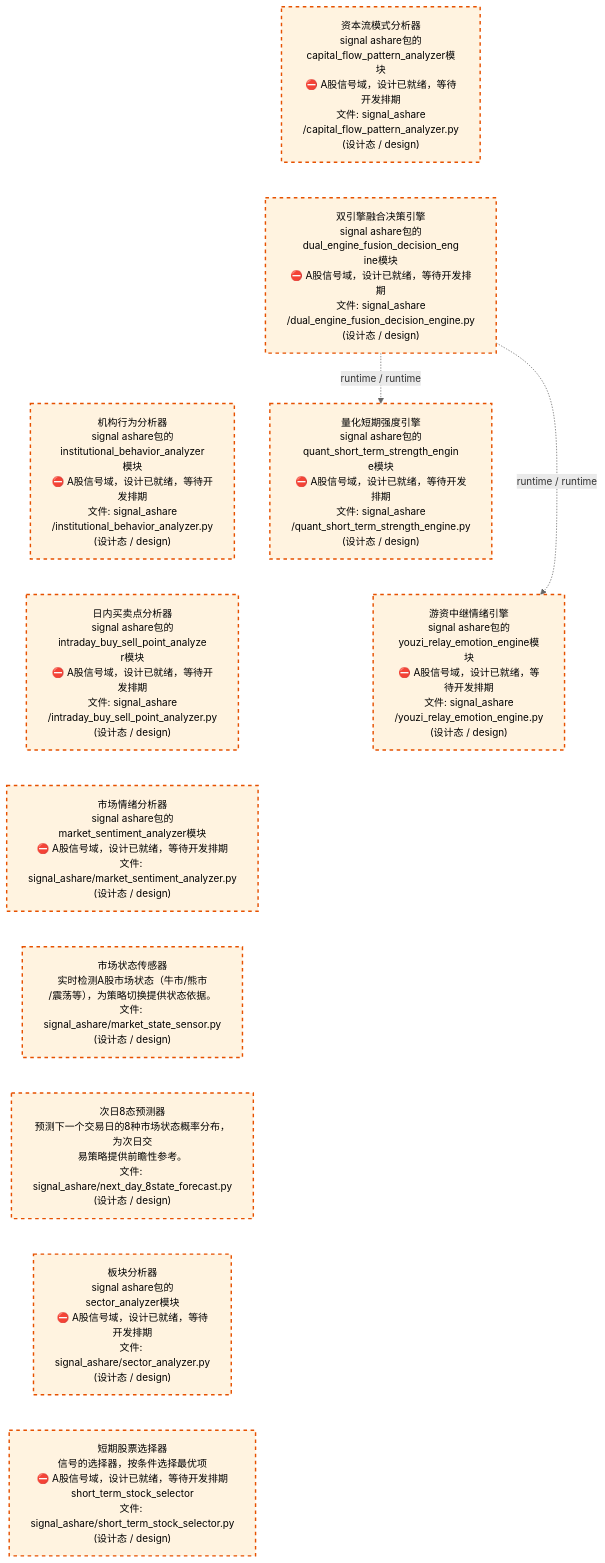
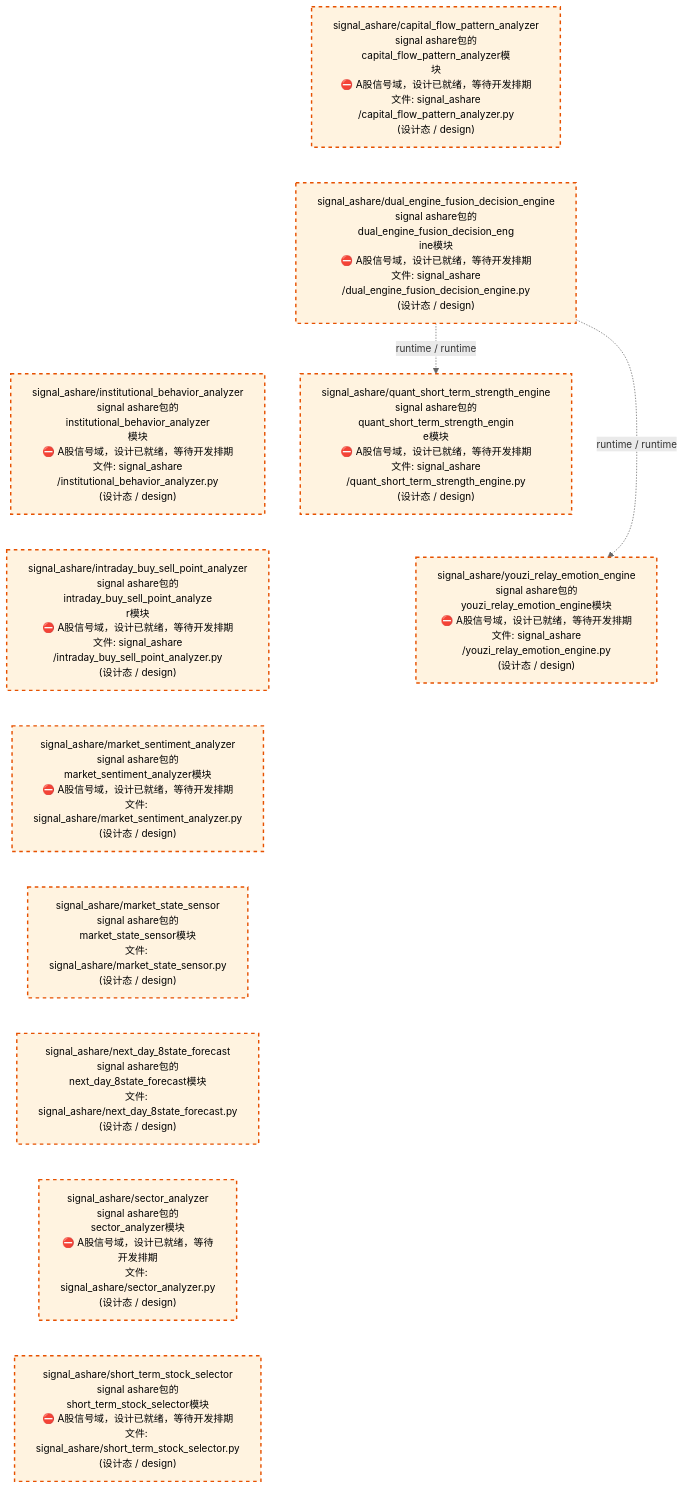
One commit to xuanFelixVan/ZephyrAlpha changed the third of 4 diagrams in docs/02_enterprise_architecture/02_domain_architecture_docs/32_d_ashare_signal.md. Above: the diagram before and after it, drawn with Mermaid. The commit also changed other lines of this file and 58 other files, not shown here.

````diff
--- a/docs/02_enterprise_architecture/02_domain_architecture_docs/32_d_ashare_signal.md
+++ b/docs/02_enterprise_architecture/02_domain_architecture_docs/32_d_ashare_signal.md
@@ -134,31 +134,31 @@
 ```mermaid
 %%{init: {'theme': 'base', 'themeVariables': {'primaryColor': '#eaeaea', 'primaryTextColor': '#333333', 'primaryBorderColor': '#666666', 'lineColor': '#666666', 'secondaryColor': '#eaeaea', 'tertiaryColor': '#eaeaea', 'fontSize': '14px'}}}%%
 flowchart TD
-    src_zephyr_signal_ashare_capital_flow_pattern_analyzer_py["资本流模式分析器<br/>signal ashare包的capital_flow_pattern_analyzer模<br/>块<br/>⛔ A股信号域，设计已就绪，等待开发排期<br/>文件: signal_ashare<br/>/capital_flow_pattern_analyzer.py<br/>(设计态 / design)"]
-    src_zephyr_signal_ashare_dual_engine_fusion_decision_engine_py["双引擎融合决策引擎<br/>signal ashare包的dual_engine_fusion_decision_eng<br/>ine模块<br/>⛔ A股信号域，设计已就绪，等待开发排期<br/>文件: signal_ashare<br/>/dual_engine_fusion_decision_engine.py<br/>(设计态 / design)"]
-    src_zephyr_signal_ashare_institutional_behavior_analyzer_py["机构行为分析器<br/>signal ashare包的institutional_behavior_analyzer<br/>模块<br/>⛔ A股信号域，设计已就绪，等待开发排期<br/>文件: signal_ashare<br/>/institutional_behavior_analyzer.py<br/>(设计态 / design)"]
-    src_zephyr_signal_ashare_intraday_buy_sell_point_analyzer_py["日内买卖点分析器<br/>signal ashare包的intraday_buy_sell_point_analyze<br/>r模块<br/>⛔ A股信号域，设计已就绪，等待开发排期<br/>文件: signal_ashare<br/>/intraday_buy_sell_point_analyzer.py<br/>(设计态 / design)"]
-    src_zephyr_signal_ashare_market_sentiment_analyzer_py["市场情绪分析器<br/>signal ashare包的market_sentiment_analyzer模块<br/>⛔ A股信号域，设计已就绪，等待开发排期<br/>文件: signal_ashare/market_sentiment_analyzer.py<br/>(设计态 / design)"]
-    src_zephyr_signal_ashare_market_state_sensor_py["市场状态传感器<br/>实时检测A股市场状态（牛市/熊市<br/>/震荡等），为策略切换提供状态依据。<br/>文件: signal_ashare/market_state_sensor.py<br/>(设计态 / design)"]
-    src_zephyr_signal_ashare_next_day_8state_forecast_py["次日8态预测器<br/>预测下一个交易日的8种市场状态概率分布，为次日交<br/>易策略提供前瞻性参考。<br/>文件: signal_ashare/next_day_8state_forecast.py<br/>(设计态 / design)"]
-    src_zephyr_signal_ashare_sector_analyzer_py["板块分析器<br/>signal ashare包的sector_analyzer模块<br/>⛔ A股信号域，设计已就绪，等待开发排期<br/>文件: signal_ashare/sector_analyzer.py<br/>(设计态 / design)"]
-    src_zephyr_signal_ashare_short_term_stock_selector_py["短期股票选择器<br/>信号的选择器，按条件选择最优项<br/>⛔ A股信号域，设计已就绪，等待开发排期<br/>short_term_stock_selector<br/>文件: signal_ashare/short_term_stock_selector.py<br/>(设计态 / design)"]
+    src_zephyr_signal_ashare_capital_flow_pattern_analyzer_py["signal_ashare/capital_flow_pattern_analyzer<br/>signal ashare包的capital_flow_pattern_analyzer模<br/>块<br/>⛔ A股信号域，设计已就绪，等待开发排期<br/>文件: signal_ashare<br/>/capital_flow_pattern_analyzer.py<br/>(设计态 / design)"]
+    src_zephyr_signal_ashare_dual_engine_fusion_decision_engine_py["signal_ashare/dual_engine_fusion_decision_engine<br/>signal ashare包的dual_engine_fusion_decision_eng<br/>ine模块<br/>⛔ A股信号域，设计已就绪，等待开发排期<br/>文件: signal_ashare<br/>/dual_engine_fusion_decision_engine.py<br/>(设计态 / design)"]
+    src_zephyr_signal_ashare_institutional_behavior_analyzer_py["signal_ashare/institutional_behavior_analyzer<br/>signal ashare包的institutional_behavior_analyzer<br/>模块<br/>⛔ A股信号域，设计已就绪，等待开发排期<br/>文件: signal_ashare<br/>/institutional_behavior_analyzer.py<br/>(设计态 / design)"]
+    src_zephyr_signal_ashare_intraday_buy_sell_point_analyzer_py["signal_ashare/intraday_buy_sell_point_analyzer<br/>signal ashare包的intraday_buy_sell_point_analyze<br/>r模块<br/>⛔ A股信号域，设计已就绪，等待开发排期<br/>文件: signal_ashare<br/>/intraday_buy_sell_point_analyzer.py<br/>(设计态 / design)"]
+    src_zephyr_signal_ashare_market_sentiment_analyzer_py["signal_ashare/market_sentiment_analyzer<br/>signal ashare包的market_sentiment_analyzer模块<br/>⛔ A股信号域，设计已就绪，等待开发排期<br/>文件: signal_ashare/market_sentiment_analyzer.py<br/>(设计态 / design)"]
+    src_zephyr_signal_ashare_market_state_sensor_py["signal_ashare/market_state_sensor<br/>signal ashare包的market_state_sensor模块<br/>文件: signal_ashare/market_state_sensor.py<br/>(设计态 / design)"]
+    src_zephyr_signal_ashare_next_day_8state_forecast_py["signal_ashare/next_day_8state_forecast<br/>signal ashare包的next_day_8state_forecast模块<br/>文件: signal_ashare/next_day_8state_forecast.py<br/>(设计态 / design)"]
+    src_zephyr_signal_ashare_sector_analyzer_py["signal_ashare/sector_analyzer<br/>signal ashare包的sector_analyzer模块<br/>⛔ A股信号域，设计已就绪，等待开发排期<br/>文件: signal_ashare/sector_analyzer.py<br/>(设计态 / design)"]
+    src_zephyr_signal_ashare_short_term_stock_selector_py["signal_ashare/short_term_stock_selector<br/>signal ashare包的short_term_stock_selector模块<br/>⛔ A股信号域，设计已就绪，等待开发排期<br/>文件: signal_ashare/short_term_stock_selector.py<br/>(设计态 / design)"]
     src_zephyr_signal_ashare_capital_flow_pattern_analyzer_py ~~~ src_zephyr_signal_ashare_dual_engine_fusion_decision_engine_py
     src_zephyr_signal_ashare_dual_engine_fusion_decision_engine_py ~~~ src_zephyr_signal_ashare_institutional_behavior_analyzer_py
     src_zephyr_signal_ashare_institutional_behavior_analyzer_py ~~~ src_zephyr_signal_ashare_intraday_buy_sell_point_analyzer_py
     src_zephyr_signal_ashare_intraday_buy_sell_point_analyzer_py ~~~ src_zephyr_signal_ashare_market_sentiment_analyzer_py
     src_zephyr_signal_ashare_market_sentiment_analyzer_py ~~~ src_zephyr_signal_ashare_market_state_sensor_py
     src_zephyr_signal_ashare_market_state_sensor_py ~~~ src_zephyr_signal_ashare_next_day_8state_forecast_py
     src_zephyr_signal_ashare_next_day_8state_forecast_py ~~~ src_zephyr_signal_ashare_sector_analyzer_py
     src_zephyr_signal_ashare_sector_analyzer_py ~~~ src_zephyr_signal_ashare_short_term_stock_selector_py
-    src_zephyr_signal_ashare_quant_short_term_strength_engine_py["量化短期强度引擎<br/>signal ashare包的quant_short_term_strength_engin<br/>e模块<br/>⛔ A股信号域，设计已就绪，等待开发排期<br/>文件: signal_ashare<br/>/quant_short_term_strength_engine.py<br/>(设计态 / design)"]
-    src_zephyr_signal_ashare_youzi_relay_emotion_engine_py["游资中继情绪引擎<br/>signal ashare包的youzi_relay_emotion_engine模块<br/>⛔ A股信号域，设计已就绪，等待开发排期<br/>文件: signal_ashare<br/>/youzi_relay_emotion_engine.py<br/>(设计态 / design)"]
+    src_zephyr_signal_ashare_quant_short_term_strength_engine_py["signal_ashare/quant_short_term_strength_engine<br/>signal ashare包的quant_short_term_strength_engin<br/>e模块<br/>⛔ A股信号域，设计已就绪，等待开发排期<br/>文件: signal_ashare<br/>/quant_short_term_strength_engine.py<br/>(设计态 / design)"]
+    src_zephyr_signal_ashare_youzi_relay_emotion_engine_py["signal_ashare/youzi_relay_emotion_engine<br/>signal ashare包的youzi_relay_emotion_engine模块<br/>⛔ A股信号域，设计已就绪，等待开发排期<br/>文件: signal_ashare<br/>/youzi_relay_emotion_engine.py<br/>(设计态 / design)"]
     src_zephyr_signal_ashare_quant_short_term_strength_engine_py ~~~ src_zephyr_signal_ashare_youzi_relay_emotion_engine_py
     src_zephyr_signal_ashare_dual_engine_fusion_decision_engine_py -.->|runtime / runtime| src_zephyr_signal_ashare_youzi_relay_emotion_engine_py
     src_zephyr_signal_ashare_dual_engine_fusion_decision_engine_py -.->|runtime / runtime| src_zephyr_signal_ashare_quant_short_term_strength_engine_py
     classDef production fill:#e1f5fe,stroke:#01579b,stroke-width:2px,color:#000
     classDef design fill:#fff3e0,stroke:#e65100,stroke-width:2px,color:#000,stroke-dasharray: 5 5
     classDef external_prod fill:#e8f4fd,stroke:#0277bd,stroke-width:1px,color:#000
     classDef external_design fill:#fff8e7,stroke:#ef6c00,stroke-width:1px,color:#000,stroke-dasharray: 5 5
     class src_zephyr_signal_ashare_capital_flow_pattern_analyzer_py,src_zephyr_signal_ashare_dual_engine_fusion_decision_engine_py,src_zephyr_signal_ashare_institutional_behavior_analyzer_py,src_zephyr_signal_ashare_intraday_buy_sell_point_analyzer_py,src_zephyr_signal_ashare_market_sentiment_analyzer_py,src_zephyr_signal_ashare_market_state_sensor_py,src_zephyr_signal_ashare_next_day_8state_forecast_py,src_zephyr_signal_ashare_quant_short_term_strength_engine_py,src_zephyr_signal_ashare_sector_analyzer_py,src_zephyr_signal_ashare_short_term_stock_selector_py,src_zephyr_signal_ashare_youzi_relay_emotion_engine_py design
 ```
````
